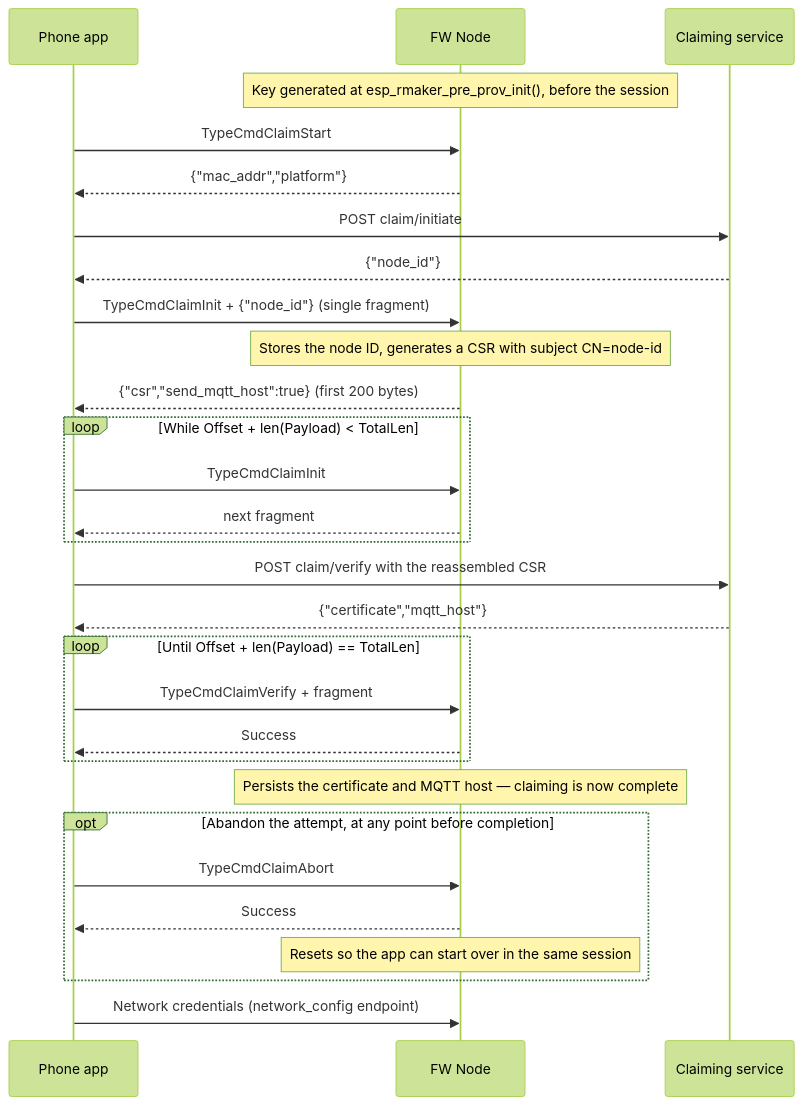
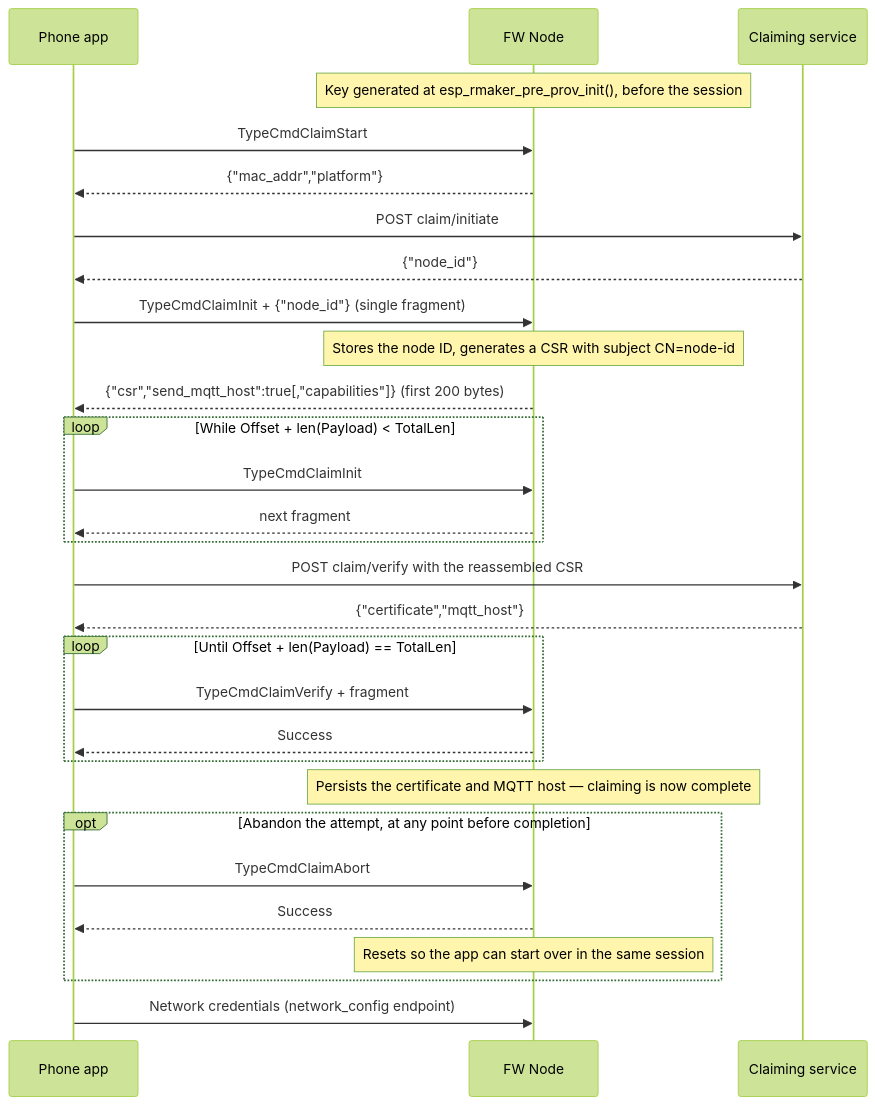
The diagram in docs/en/specs/provisioning.md (espressif/esp-rainmaker-neo-firmware), drawn with Mermaid (forest theme) before and after one commit. The commit also changed other lines of this file and 9 other files, not shown here.

````diff
--- a/docs/en/specs/provisioning.md
+++ b/docs/en/specs/provisioning.md
@@ -58,38 +60,38 @@
 ```mermaid
 sequenceDiagram
     participant app as Phone app
     participant node as FW Node
     participant svc as Claiming service
 
     Note over node: Key generated at esp_rmaker_pre_prov_init(), before the session
 
     app ->> node: TypeCmdClaimStart
     node -->> app: {"mac_addr","platform"}
     app ->> svc: POST claim/initiate
     svc -->> app: {"node_id"}
 
     app ->> node: TypeCmdClaimInit + {"node_id"} (single fragment)
     Note over node: Stores the node ID, generates a CSR with subject CN=node-id
-    node -->> app: {"csr","send_mqtt_host":true} (first 200 bytes)
+    node -->> app: {"csr","send_mqtt_host":true[,"capabilities"]} (first 200 bytes)
     loop While Offset + len(Payload) < TotalLen
         app ->> node: TypeCmdClaimInit
         node -->> app: next fragment
     end
 
     app ->> svc: POST claim/verify with the reassembled CSR
     svc -->> app: {"certificate","mqtt_host"}
 
     loop Until Offset + len(Payload) == TotalLen
         app ->> node: TypeCmdClaimVerify + fragment
         node -->> app: Success
     end
     Note over node: Persists the certificate and MQTT host — claiming is now complete
 
     opt Abandon the attempt, at any point before completion
         app ->> node: TypeCmdClaimAbort
         node -->> app: Success
         Note over node: Resets so the app can start over in the same session
     end
 
     app ->> node: Network credentials (network_config endpoint)
 ```
````
